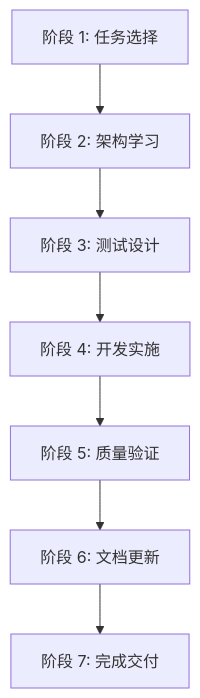
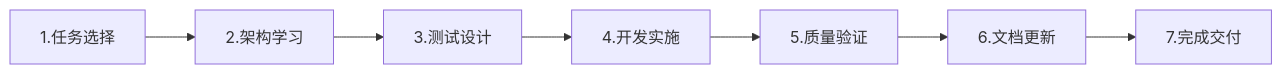
Before and after one commit to chensheng/opc-harness: the diagram in docs/HARNESS_ENGINEERING.md, drawn with Mermaid. The commit also changed other lines of this file, not shown here.

````diff
--- a/docs/HARNESS_ENGINEERING.md
+++ b/docs/HARNESS_ENGINEERING.md
@@ -27,9 +13,4 @@
 ```mermaid
-graph TD
-    A[阶段 1: 任务选择] --> B[阶段 2: 架构学习]
-    B --> C[阶段 3: 测试设计]
-    C --> D[阶段 4: 开发实施]
-    D --> E[阶段 5: 质量验证]
-    E --> F[阶段 6: 文档更新]
-    F --> G[阶段 7: 完成交付]
+graph LR
+A[1.任务选择] --> B[2.架构学习] --> C[3.测试设计] --> D[4.开发实施] --> E[5.质量验证] --> F[6.文档更新] --> G[7.完成交付]
 ```
````
